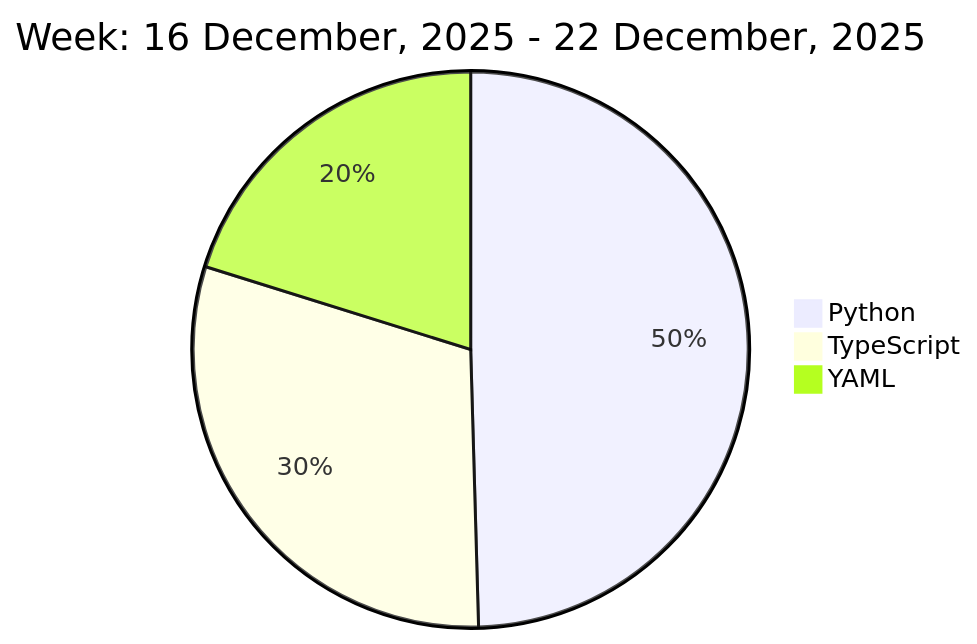
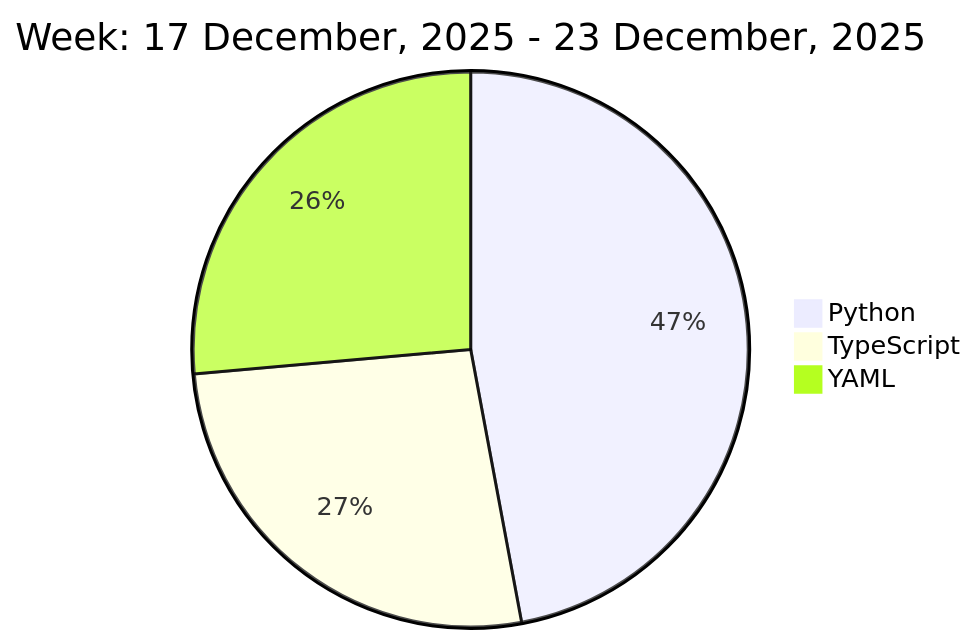
Before and after one commit to liubin95/liubin95: the diagram in README.md, drawn with Mermaid.

Commit message:
Updated the Graph with new Metrics

````diff
--- a/README.md
+++ b/README.md
@@ -37,7 +37,7 @@
 ```mermaid
  pie
-title Week: 16 December, 2025 - 22 December, 2025
- "Python" : 6.58
+title Week: 17 December, 2025 - 23 December, 2025
+ "Python" : 7.13
  "TypeScript" : 4.02
- "YAML" : 2.68
+ "YAML" : 4.0
 ```
````
